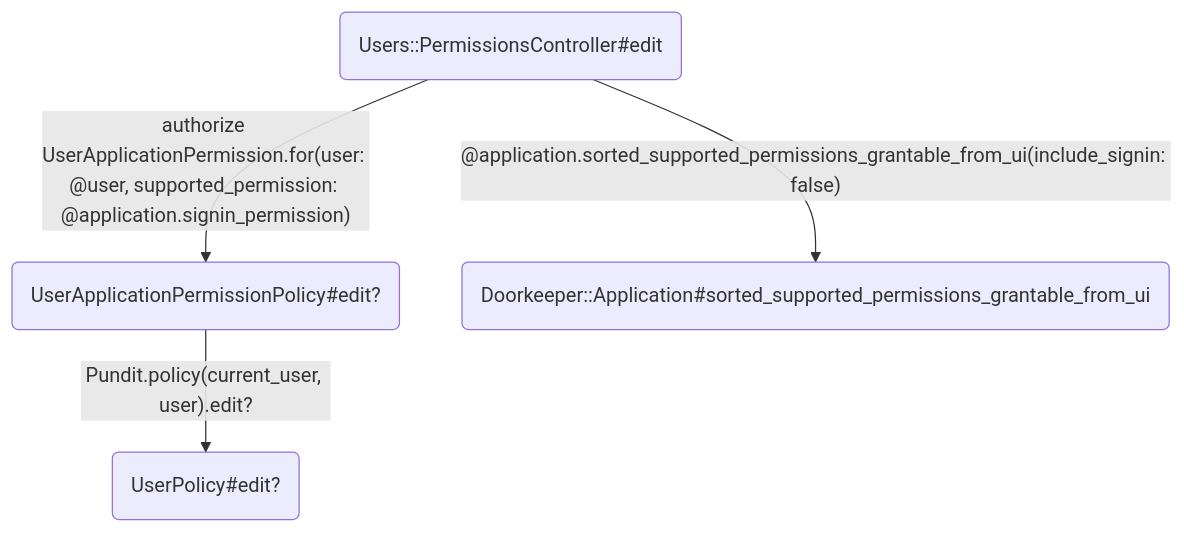
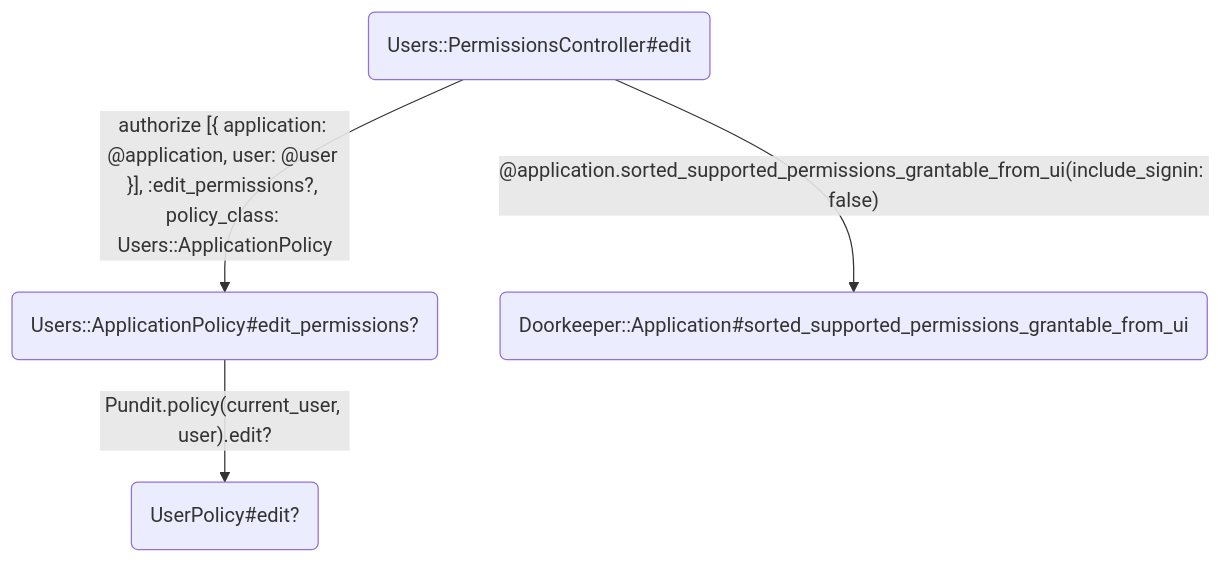
The ninth of 12 diagrams in docs/access_and_permissions.md (alphagov/signon), drawn with Mermaid before and after one commit. The commit also changed other lines of this file and 4 other files, not shown here.

First line of the commit message:
Use application policy in user perms controller

````diff
--- a/docs/access_and_permissions.md
+++ b/docs/access_and_permissions.md
@@ -222,6 +222,6 @@
 ```mermaid
 flowchart TD
-    A(Users::PermissionsController#edit) --authorize UserApplicationPermission.for(user: @user, supported_permission: @application.signin_permission)--> B(UserApplicationPermissionPolicy#edit?)
+    A(Users::PermissionsController#edit) --authorize [{ application: @application, user: @user }], :edit_permissions?, policy_class: Users::ApplicationPolicy--> B(Users::ApplicationPolicy#edit_permissions?)
     B --Pundit.policy(current_user, user).edit?--> C(UserPolicy#edit?)
     A --@application.sorted_supported_permissions_grantable_from_ui(include_signin: false)--> D(Doorkeeper::Application#sorted_supported_permissions_grantable_from_ui)
 ```
````
